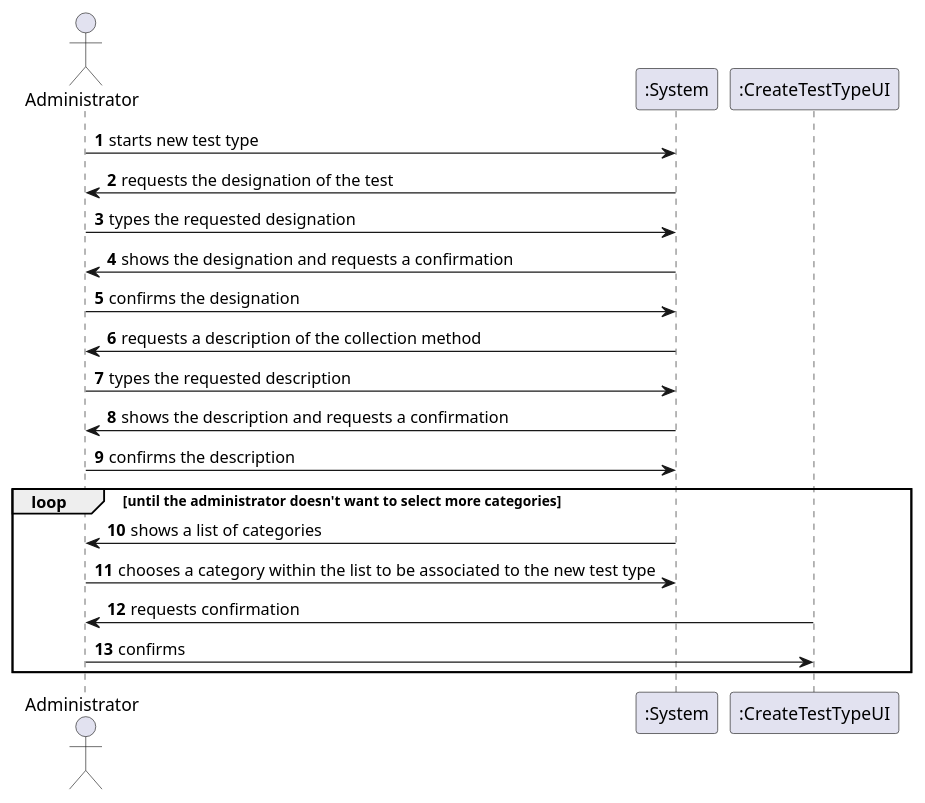
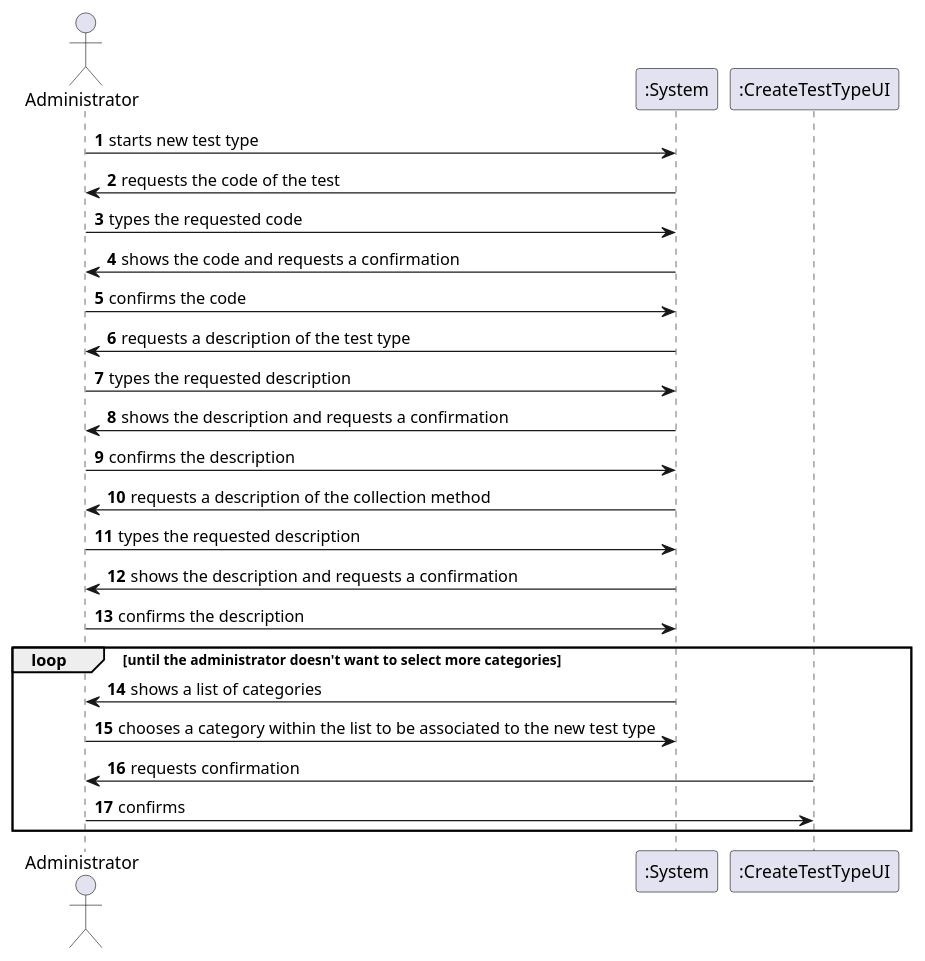
Before and after one commit to MadDinosaur/ISEP-LAPR2: the diagram in docs/SprintB/US9/US9_SSD.puml, drawn with PlantUML. The commit also changed 12 other files, not shown here.

```diff
--- a/docs/SprintB/US9/US9_SSD.puml
+++ b/docs/SprintB/US9/US9_SSD.puml
@@ -1,23 +1,27 @@
 @startuml
 
 autonumber
 
 actor Administrator
 
 Administrator -> ":System": starts new test type
-":System" -> Administrator: requests the designation of the test
-Administrator -> ":System": types the requested designation
-":System" -> Administrator: shows the designation and requests a confirmation
-Administrator -> ":System": confirms the designation
+":System" -> Administrator: requests the code of the test
+Administrator -> ":System": types the requested code
+":System" -> Administrator: shows the code and requests a confirmation
+Administrator -> ":System": confirms the code
+":System" -> Administrator: requests a description of the test type
+Administrator -> ":System": types the requested description
+":System" -> Administrator: shows the description and requests a confirmation
+Administrator -> ":System": confirms the description
 ":System" -> Administrator: requests a description of the collection method
 Administrator -> ":System": types the requested description
 ":System" -> Administrator: shows the description and requests a confirmation
 Administrator -> ":System": confirms the description
 loop until the administrator doesn't want to select more categories
 ":System" -> Administrator: shows a list of categories
 Administrator -> ":System": chooses a category within the list to be associated to the new test type
 ":CreateTestTypeUI" -> Administrator: requests confirmation
 Administrator -> ":CreateTestTypeUI": confirms
 end loop
 
 @enduml
```
